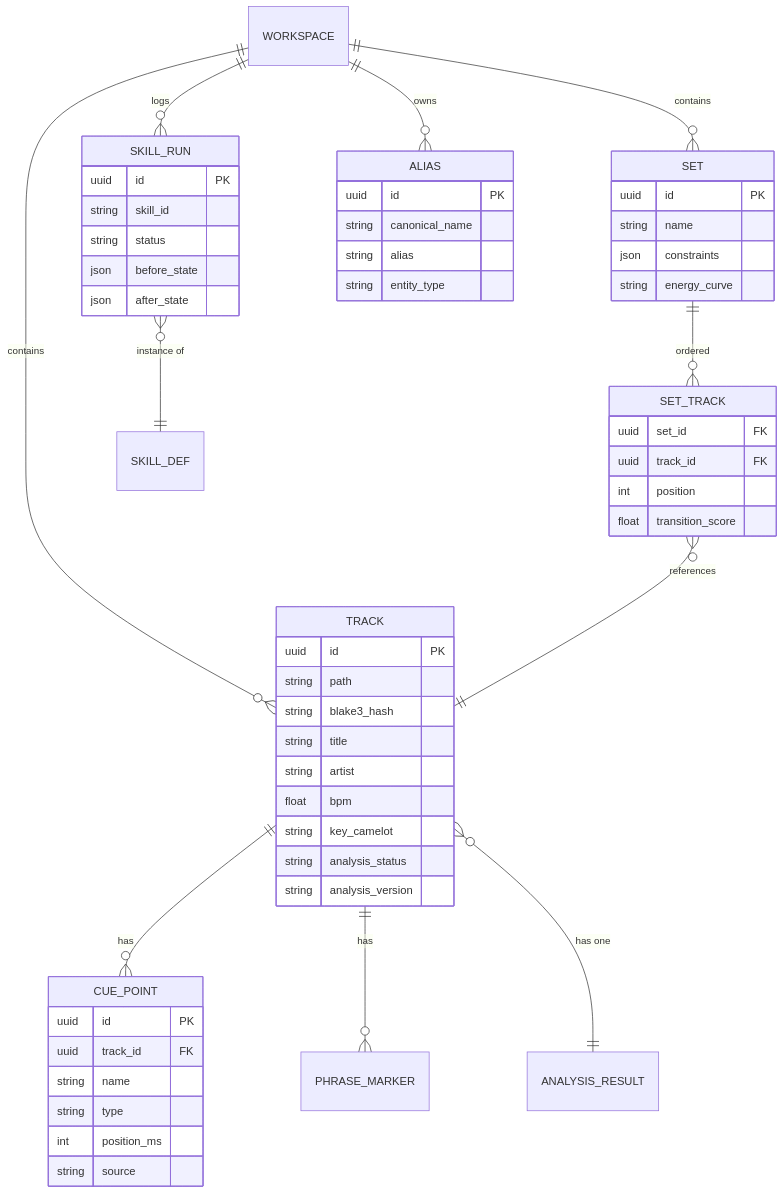
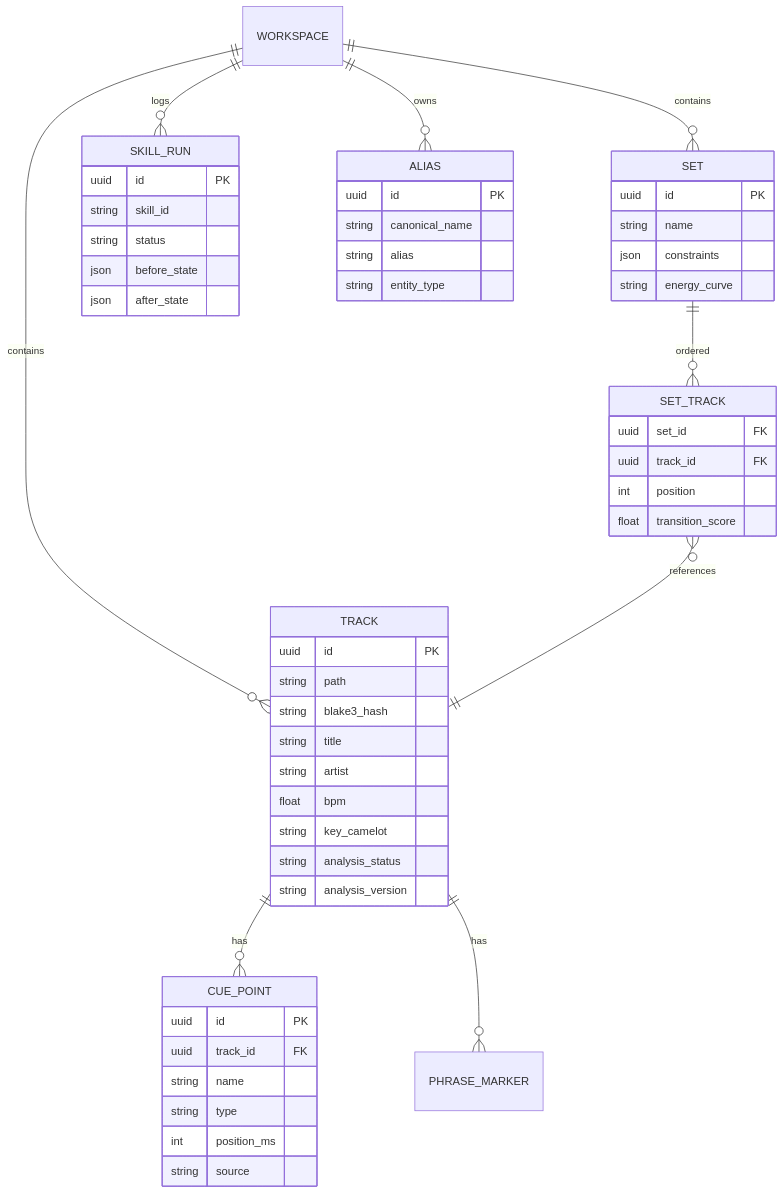
The first of 2 diagrams in docs/diagrams/06-data-model.md (iDorgham/DJ-Assistant), drawn with Mermaid before and after one commit. The commit also changed other lines of this file and 62 other files, not shown here.

First line of the commit message:
docs(plan,architecture,diagrams,context): polish SDD plan + sync docs with shipped code

````diff
--- a/docs/diagrams/06-data-model.md
+++ b/docs/diagrams/06-data-model.md
@@ -5,66 +5,63 @@
 ```mermaid
 erDiagram
     WORKSPACE ||--o{ TRACK : contains
     WORKSPACE ||--o{ SET : contains
     WORKSPACE ||--o{ SKILL_RUN : logs
     WORKSPACE ||--o{ ALIAS : owns
 
     TRACK ||--o{ CUE_POINT : has
     TRACK ||--o{ PHRASE_MARKER : has
-    TRACK }o--|| ANALYSIS_RESULT : "has one"
 
     SET ||--o{ SET_TRACK : ordered
     SET_TRACK }o--|| TRACK : references
-
-    SKILL_RUN }o--|| SKILL_DEF : "instance of"
 
     TRACK {
         uuid id PK
         string path
         string blake3_hash
         string title
         string artist
         float bpm
         string key_camelot
         string analysis_status
         string analysis_version
     }
 
     CUE_POINT {
         uuid id PK
         uuid track_id FK
         string name
         string type
         int position_ms
         string source
     }
 
     SET {
         uuid id PK
         string name
         json constraints
         string energy_curve
     }
 
     SET_TRACK {
         uuid set_id FK
         uuid track_id FK
         int position
         float transition_score
     }
 
     SKILL_RUN {
         uuid id PK
         string skill_id
         string status
         json before_state
         json after_state
     }
 
     ALIAS {
         uuid id PK
         string canonical_name
         string alias
         string entity_type
     }
 ```
````
